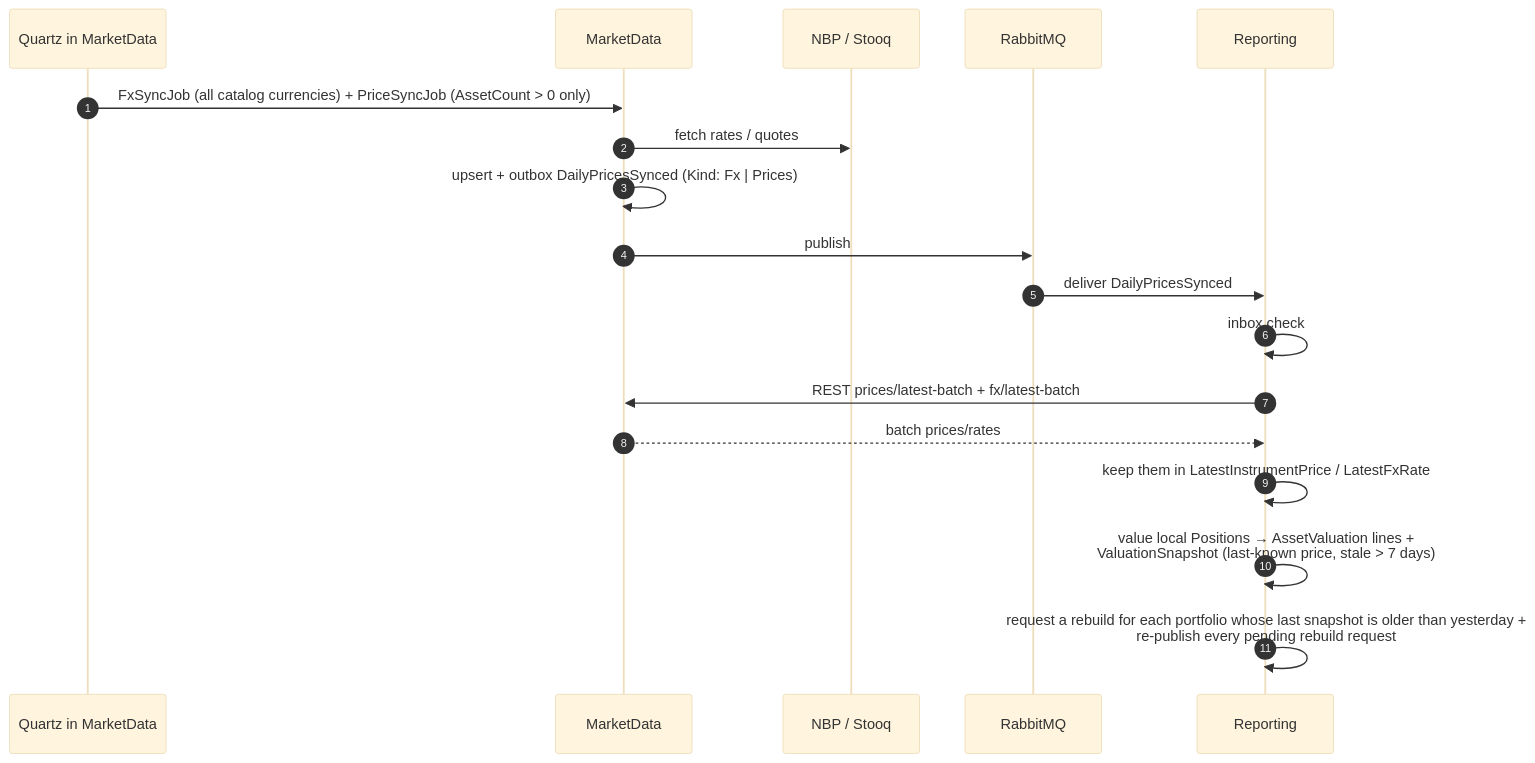
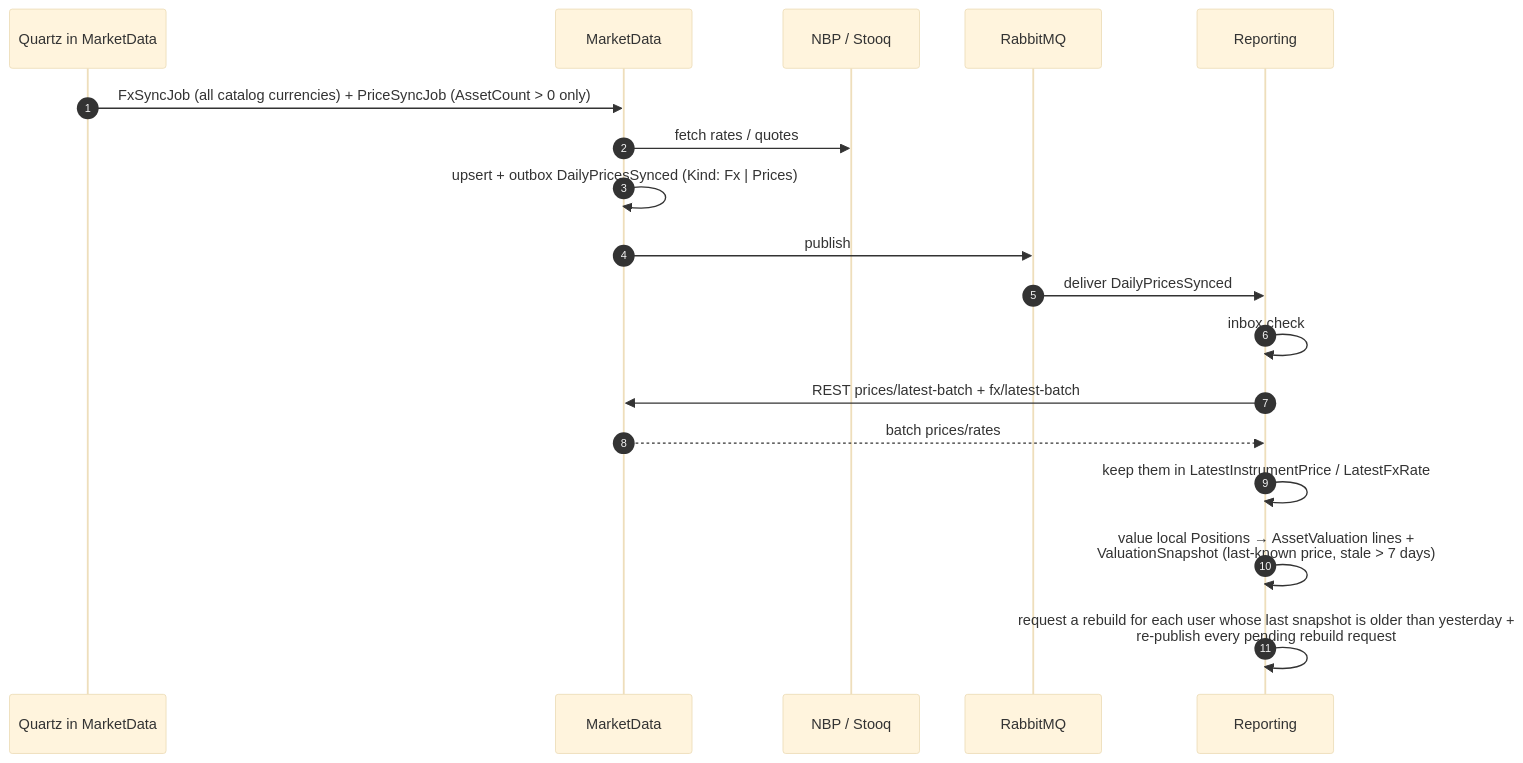
Before and after one commit to Maliniak93/FinMel: the fourth of 7 diagrams in skarbiec-plan/architecture.md, drawn with Mermaid (base theme). The commit also changed other lines of this file and 389 other files, not shown here.

````diff
--- a/skarbiec-plan/architecture.md
+++ b/skarbiec-plan/architecture.md
@@ -135,21 +134,21 @@
 ```mermaid
 sequenceDiagram
     autonumber
     participant Q as Quartz in MarketData
     participant MD as MarketData
     participant EXT as NBP / Stooq
     participant MQ as RabbitMQ
     participant RP as Reporting
 
     Q->>MD: FxSyncJob (all catalog currencies) + PriceSyncJob (AssetCount > 0 only)
     MD->>EXT: fetch rates / quotes
     MD->>MD: upsert + outbox DailyPricesSynced (Kind: Fx | Prices)
     MD->>MQ: publish
     MQ->>RP: deliver DailyPricesSynced
     RP->>RP: inbox check
     RP->>MD: REST prices/latest-batch + fx/latest-batch
     MD-->>RP: batch prices/rates
     RP->>RP: keep them in LatestInstrumentPrice / LatestFxRate
     RP->>RP: value local Positions → AssetValuation lines +<br/>ValuationSnapshot (last-known price, stale > 7 days)
-    RP->>RP: request a rebuild for each portfolio whose last snapshot is older than yesterday +<br/>re-publish every pending rebuild request
+    RP->>RP: request a rebuild for each user whose last snapshot is older than yesterday +<br/>re-publish every pending rebuild request
 ```
````
